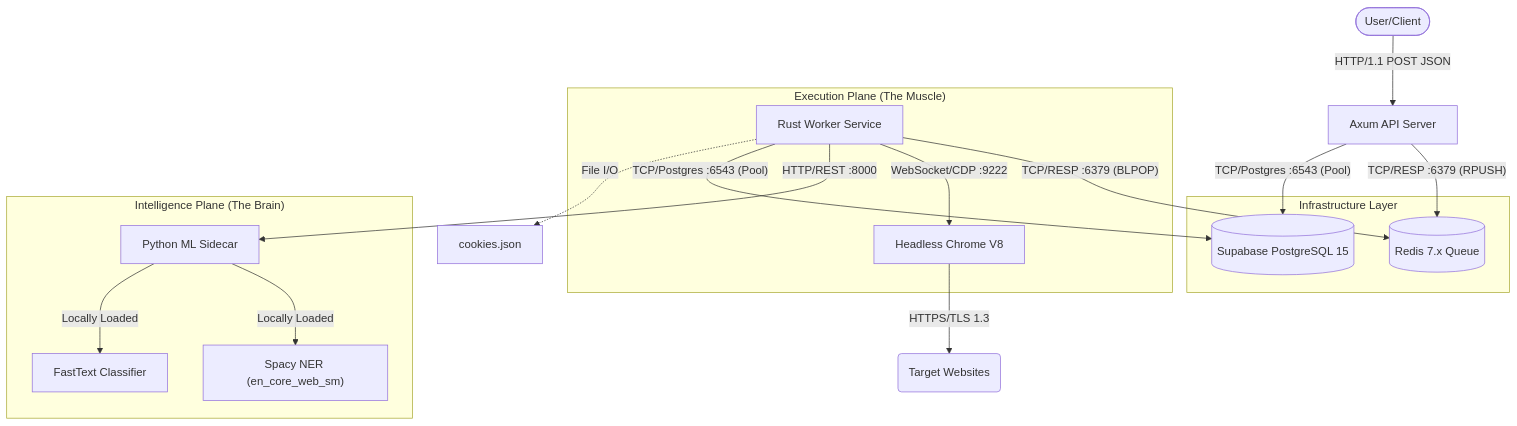
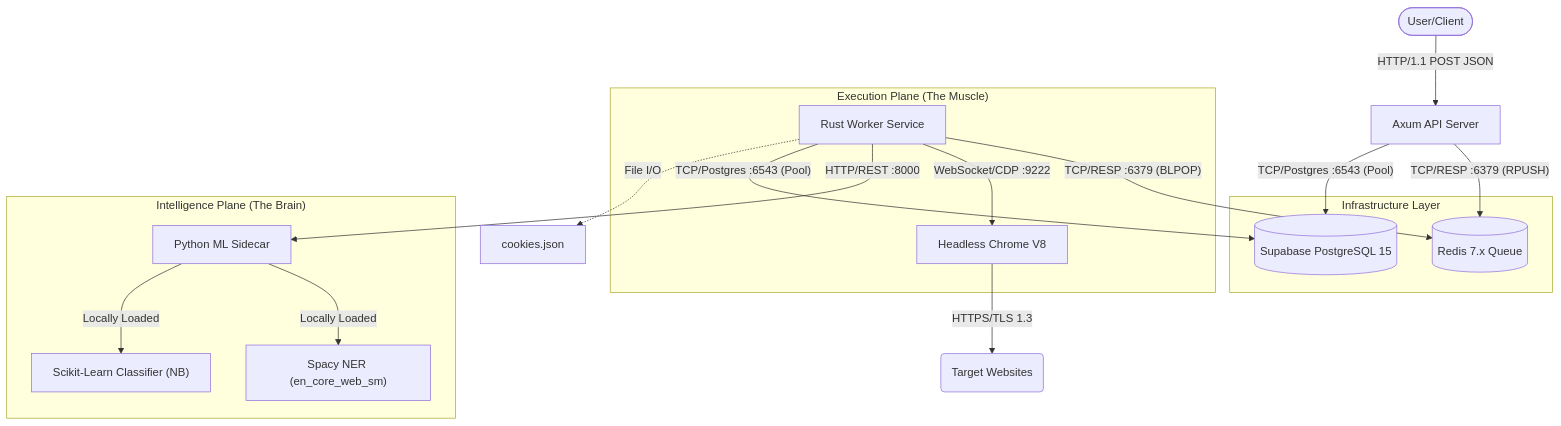
Before and after one commit to pretamane/bing-crawling-api: the first of 2 diagrams in rust-crawler/docs/SYSTEM_ARCHITECTURE.md, drawn with Mermaid. The commit also changed other lines of this file, not shown here.

````diff
--- a/rust-crawler/docs/SYSTEM_ARCHITECTURE.md
+++ b/rust-crawler/docs/SYSTEM_ARCHITECTURE.md
@@ -9,34 +9,34 @@
 ```mermaid
 graph TD
     User(["User/Client"]) -->|"HTTP/1.1 POST JSON"| API["Axum API Server"]
     
     subgraph "Infrastructure Layer"
         Redis[("Redis 7.x Queue")] 
         DB[("Supabase PostgreSQL 15")]
     end
     
     subgraph "Execution Plane (The Muscle)"
         Worker["Rust Worker Service"]
         Chrome["Headless Chrome V8"]
     end
 
     subgraph "Intelligence Plane (The Brain)"
         Python["Python ML Sidecar"]
         Model1["Spacy NER (en_core_web_sm)"]
-        Model2["FastText Classifier"]
+        Model2["Scikit-Learn Classifier (NB)"]
         Python -->|"Locally Loaded"| Model1
         Python -->|"Locally Loaded"| Model2
     end
     
     %% Communication Protocols
     API -->|"TCP/RESP :6379 (RPUSH)"| Redis
     API -->|"TCP/Postgres :6543 (Pool)"| DB
     
     Worker -->|"TCP/RESP :6379 (BLPOP)"| Redis
     Worker -->|"WebSocket/CDP :9222"| Chrome
     Worker -->|"HTTP/REST :8000"| Python
     Worker -->|"TCP/Postgres :6543 (Pool)"| DB
     
     Chrome -->|"HTTPS/TLS 1.3"| Internet("Target Websites")
     Worker -.->|"File I/O"| Cookies["cookies.json"]
 ```
````
